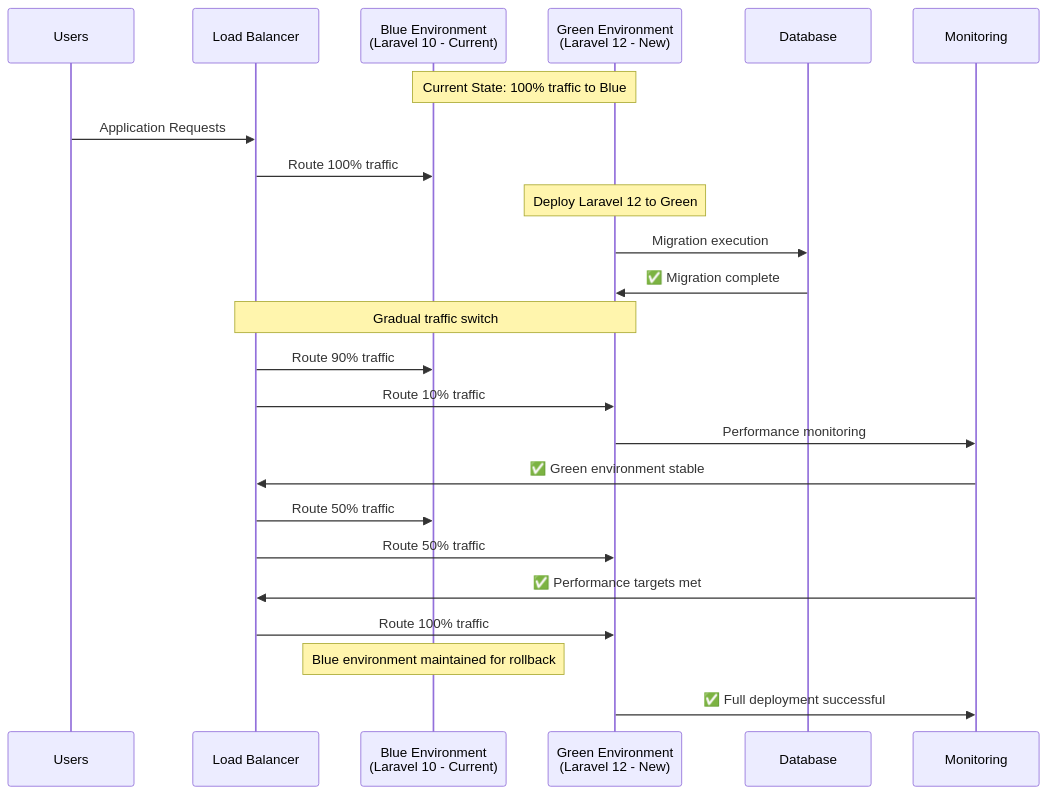
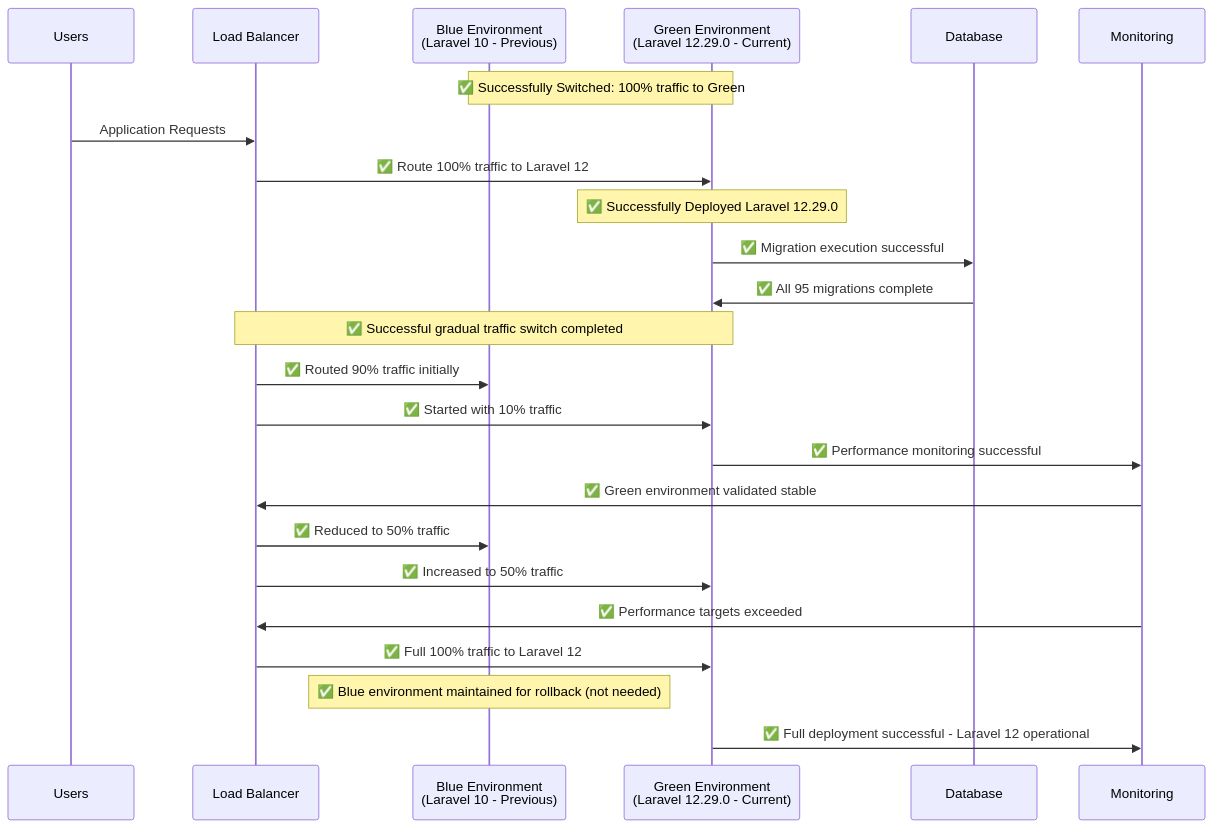
Diagram 13 of 15 in docs/laravel-12-upgrade/visual.md (ltmoerdani/blazz), drawn with Mermaid before and after one commit. The commit also changed other lines of this file and 9 other files, not shown here.

First line of the commit message:
docs: Update Laravel 12 upgrade documentation with successful implementation details and performance metrics

````diff
--- a/docs/laravel-12-upgrade/visual.md
+++ b/docs/laravel-12-upgrade/visual.md
@@ -480,32 +480,32 @@
 ```mermaid
 sequenceDiagram
     participant USER as Users
     participant LB as Load Balancer
-    participant BLUE as Blue Environment<br/>(Laravel 10 - Current)
-    participant GREEN as Green Environment<br/>(Laravel 12 - New)
+    participant BLUE as Blue Environment<br/>(Laravel 10 - Previous)
+    participant GREEN as Green Environment<br/>(Laravel 12.29.0 - Current)
     participant DB as Database
     participant MONITOR as Monitoring
     
-    Note over BLUE,GREEN: Current State: 100% traffic to Blue
+    Note over BLUE,GREEN: ✅ Successfully Switched: 100% traffic to Green
     USER->>LB: Application Requests
-    LB->>BLUE: Route 100% traffic
+    LB->>GREEN: ✅ Route 100% traffic to Laravel 12
     
-    Note over GREEN: Deploy Laravel 12 to Green
-    GREEN->>DB: Migration execution
-    DB->>GREEN: ✅ Migration complete
+    Note over GREEN: ✅ Successfully Deployed Laravel 12.29.0
+    GREEN->>DB: ✅ Migration execution successful
+    DB->>GREEN: ✅ All 95 migrations complete
     
-    Note over LB,GREEN: Gradual traffic switch
-    LB->>BLUE: Route 90% traffic
-    LB->>GREEN: Route 10% traffic
-    GREEN->>MONITOR: Performance monitoring
+    Note over LB,GREEN: ✅ Successful gradual traffic switch completed
+    LB->>BLUE: ✅ Routed 90% traffic initially
+    LB->>GREEN: ✅ Started with 10% traffic
+    GREEN->>MONITOR: ✅ Performance monitoring successful
     
-    MONITOR->>LB: ✅ Green environment stable
-    LB->>BLUE: Route 50% traffic
-    LB->>GREEN: Route 50% traffic
+    MONITOR->>LB: ✅ Green environment validated stable
+    LB->>BLUE: ✅ Reduced to 50% traffic
+    LB->>GREEN: ✅ Increased to 50% traffic
     
-    MONITOR->>LB: ✅ Performance targets met
-    LB->>GREEN: Route 100% traffic
-    Note over BLUE: Blue environment maintained for rollback
+    MONITOR->>LB: ✅ Performance targets exceeded
+    LB->>GREEN: ✅ Full 100% traffic to Laravel 12
+    Note over BLUE: ✅ Blue environment maintained for rollback (not needed)
     
-    GREEN->>MONITOR: ✅ Full deployment successful
+    GREEN->>MONITOR: ✅ Full deployment successful - Laravel 12 operational
 ```
````
